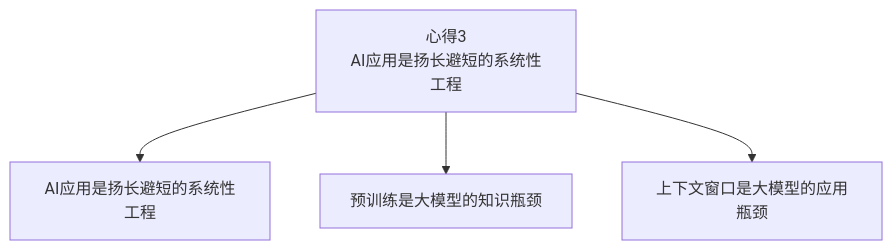
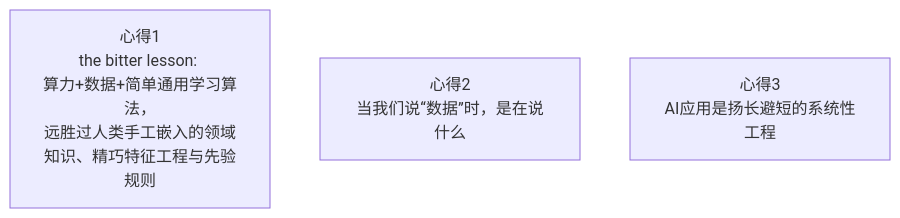
One commit to MagicFrogSJTU/work changed the second of 15 diagrams in technical_report/20260408-huawei_autonomous_driving_share/schema.md. Above: the diagram before and after it, drawn with Mermaid. The commit also changed other lines of this file and 106 other files, not shown here.

````diff
--- a/technical_report/20260408-huawei_autonomous_driving_share/schema.md
+++ b/technical_report/20260408-huawei_autonomous_driving_share/schema.md
@@ -57,7 +45,7 @@
 ```mermaid
 flowchart TB
+    A[心得1<br/>the bitter lesson: 
+算力+数据+简单通用学习算法，<br/>远胜过人类手工嵌入的领域知识、精巧特征工程与先验规则]
+    B[心得2<br/>当我们说“数据”时，是在说什么]
     C[心得3<br/>AI应用是扬长避短的系统性工程]
-    C --> C1[AI应用是扬长避短的系统性工程]
-    C --> C2[预训练是大模型的知识瓶颈]
-    C --> C3[上下文窗口是大模型的应用瓶颈]
 ```
````
